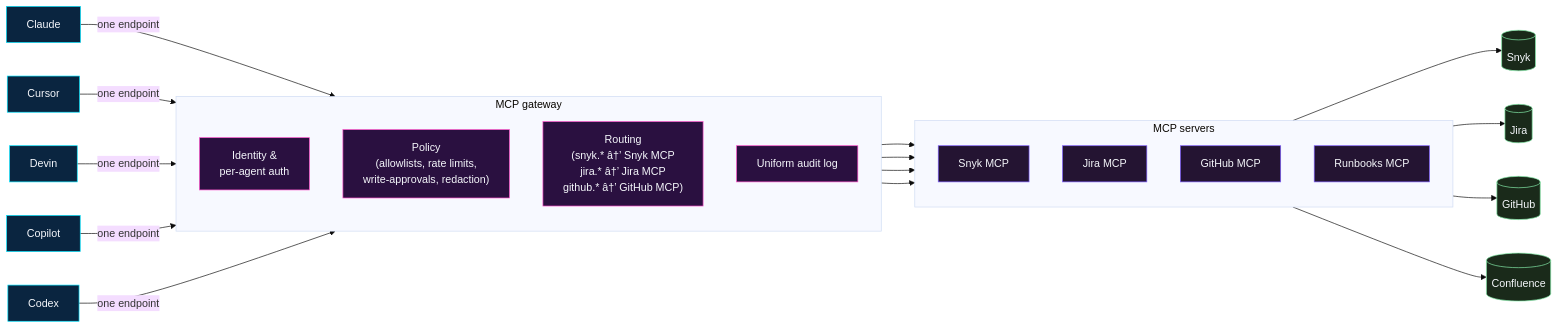
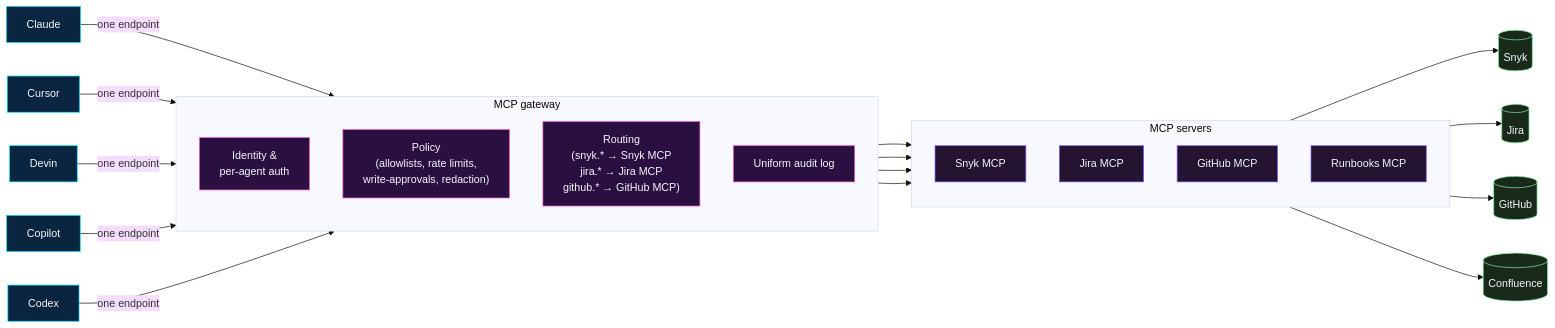
One commit to stevologic/security-recipes.ai changed the fifth of 5 diagrams in content/fundamentals/_index.md. Above: the diagram before and after it, drawn with Mermaid (base theme). The commit also changed other lines of this file and 19 other files, not shown here.

````diff
--- a/content/fundamentals/_index.md
+++ b/content/fundamentals/_index.md
@@ -347,44 +347,44 @@
 ```mermaid
 flowchart LR
     A1[Claude]
     A2[Cursor]
     A3[Devin]
     A4[Copilot]
     A5[Codex]
 
     subgraph GW["MCP gateway"]
         direction TB
         AUTH["Identity &<br/>per-agent auth"]
         POL["Policy<br/>(allowlists, rate limits,<br/>write-approvals, redaction)"]
-        ROUTE["Routing<br/>(snyk.* â†’ Snyk MCP<br/>jira.* â†’ Jira MCP<br/>github.* â†’ GitHub MCP)"]
+        ROUTE["Routing<br/>(snyk.* → Snyk MCP<br/>jira.* → Jira MCP<br/>github.* → GitHub MCP)"]
         LOG["Uniform audit log"]
     end
 
     subgraph SERVERS["MCP servers"]
         direction TB
         S1[Snyk MCP]
         S2[Jira MCP]
         S3[GitHub MCP]
         S4[Runbooks MCP]
     end
 
     U1[(Snyk)]
     U2[(Jira)]
     U3[(GitHub)]
     U4[(Confluence)]
 
     A1 & A2 & A3 & A4 & A5 -->|"one endpoint"| GW
     GW --> S1 --> U1
     GW --> S2 --> U2
     GW --> S3 --> U3
     GW --> S4 --> U4
 
     classDef agent fill:#0a2540,stroke:#00e5ff,color:#f5f7fb;
     classDef gate fill:#2a1040,stroke:#ff4ecb,color:#f5f7fb;
     classDef srv fill:#241432,stroke:#7c5cff,color:#f5f7fb;
     classDef up fill:#1a2a1a,stroke:#86efac,color:#f5f7fb;
     class A1,A2,A3,A4,A5 agent
     class AUTH,POL,ROUTE,LOG gate
     class S1,S2,S3,S4 srv
     class U1,U2,U3,U4 up
 ```
````
